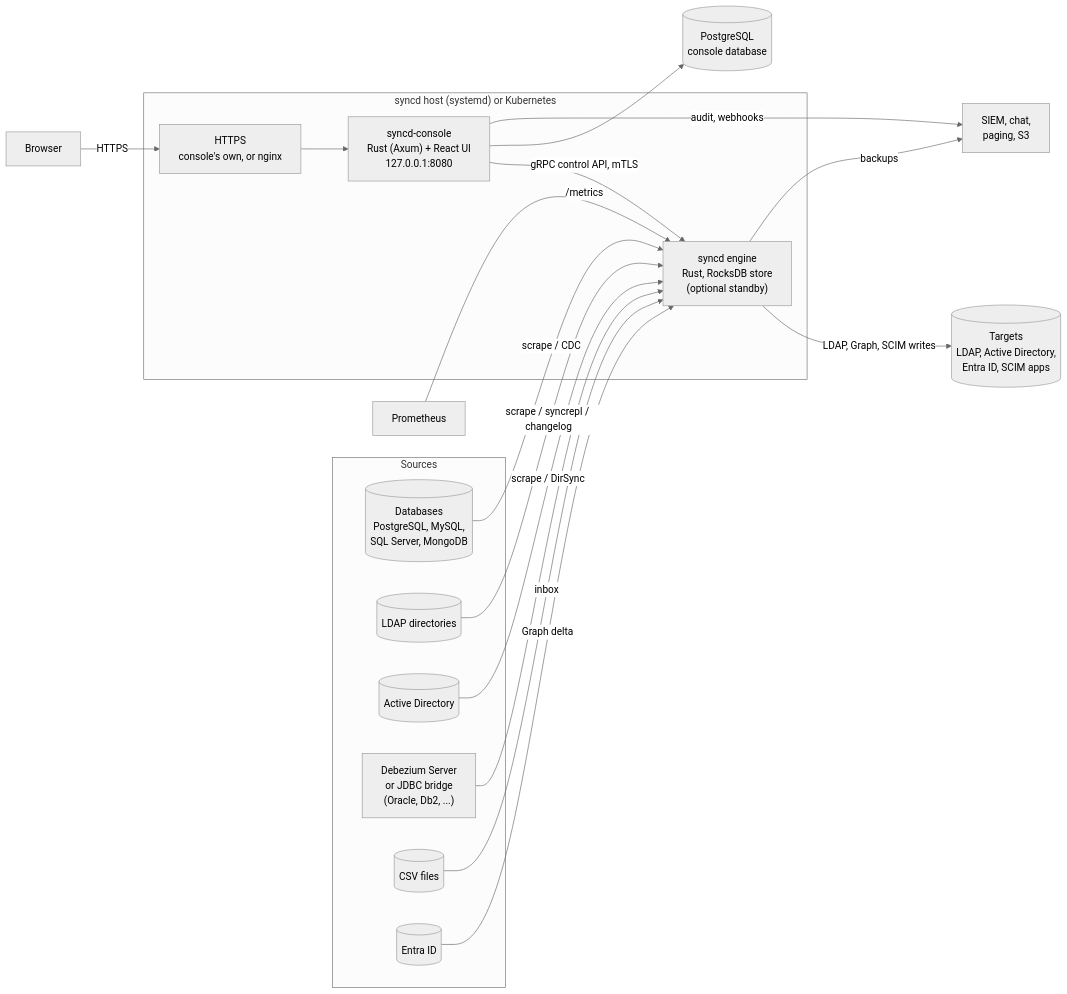
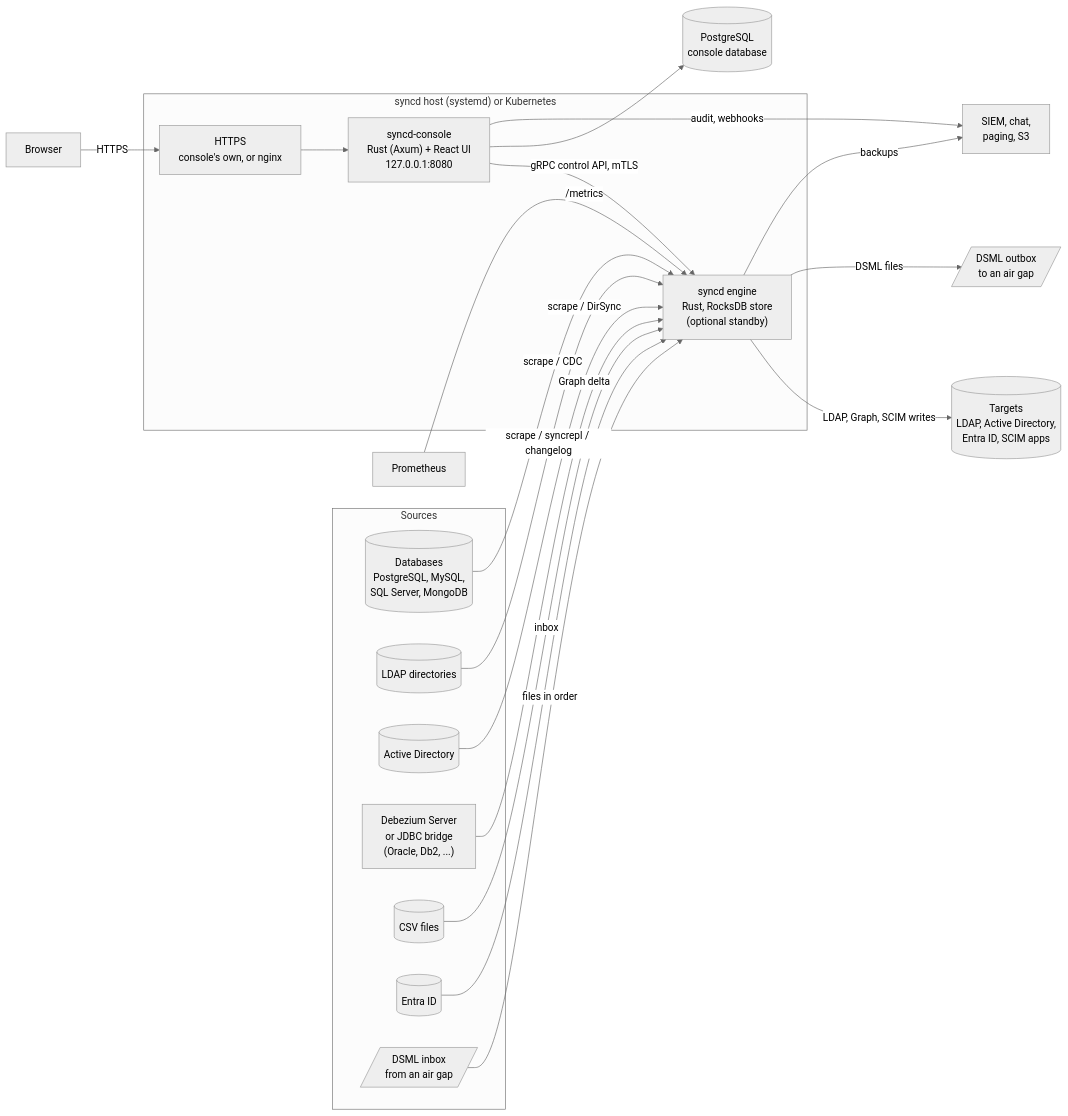
One commit to winllc/ens-apps-documentation changed the diagram in docs/syncd/index.md. Above: the diagram before and after it, drawn with Mermaid (neutral theme). The commit also changed other lines of this file and 11 other files, not shown here.

First line of the commit message:
syncd 0.6.1: air-gapped synchronisation, DSML connector, install, configuration pages

````diff
--- a/docs/syncd/index.md
+++ b/docs/syncd/index.md
@@ -91,37 +117,41 @@
 ```mermaid
 flowchart LR
     subgraph Sources
         DB[(Databases<br/>PostgreSQL, MySQL,<br/>SQL Server, MongoDB)]
         LD[(LDAP directories)]
         AD[(Active Directory)]
         DBZ["Debezium Server<br/>or JDBC bridge<br/>(Oracle, Db2, ...)"]
         CSV[(CSV files)]
         ENS[(Entra ID)]
+        IN[/DSML inbox<br/>from an air gap/]
     end
 
     subgraph Host["syncd host (systemd) or Kubernetes"]
         E["syncd engine<br/>Rust, RocksDB store<br/>(optional standby)"]
         C["syncd-console<br/>Rust (Axum) + React UI<br/>127.0.0.1:8080"]
         N[HTTPS<br/>console's own, or nginx]
     end
 
     PG[(PostgreSQL<br/>console database)]
     T[(Targets<br/>LDAP, Active Directory,<br/>Entra ID, SCIM apps)]
+    OUT[/DSML outbox<br/>to an air gap/]
     P[Prometheus]
     W[SIEM, chat,<br/>paging, S3]
     B[Browser]
 
     DB -->|scrape / CDC| E
     LD -->|scrape / syncrepl / changelog| E
     AD -->|scrape / DirSync| E
     DBZ --> E
     CSV -->|inbox| E
     ENS -->|Graph delta| E
     E -->|LDAP, Graph, SCIM writes| T
+    IN -->|files in order| E
+    E -->|DSML files| OUT
     C -->|"gRPC control API, mTLS"| E
     C --> PG
     B -->|HTTPS| N --> C
     P -->|/metrics| E
     C -->|audit, webhooks| W
     E -->|backups| W
 ```
````
